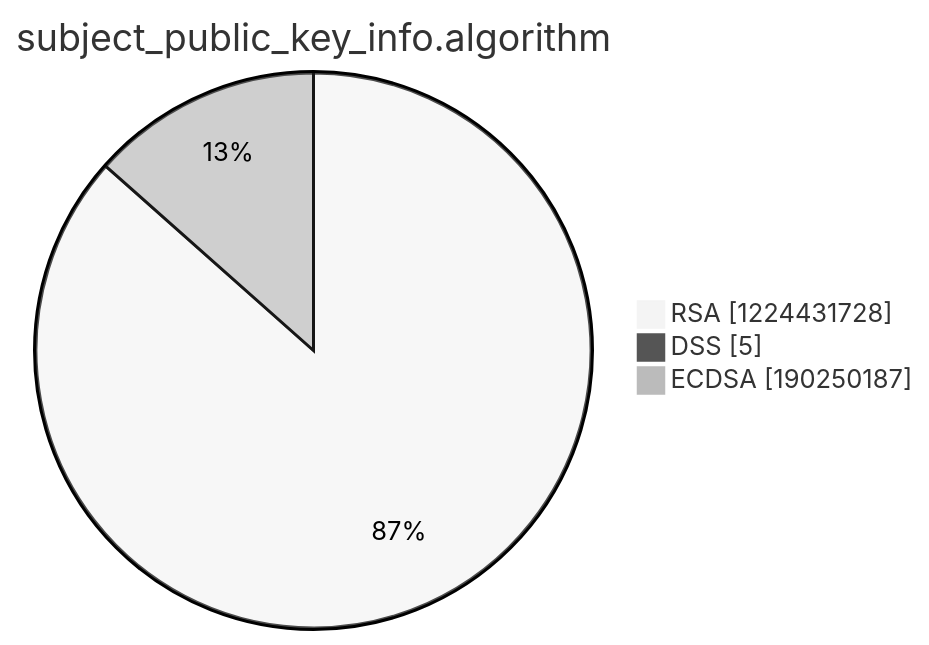
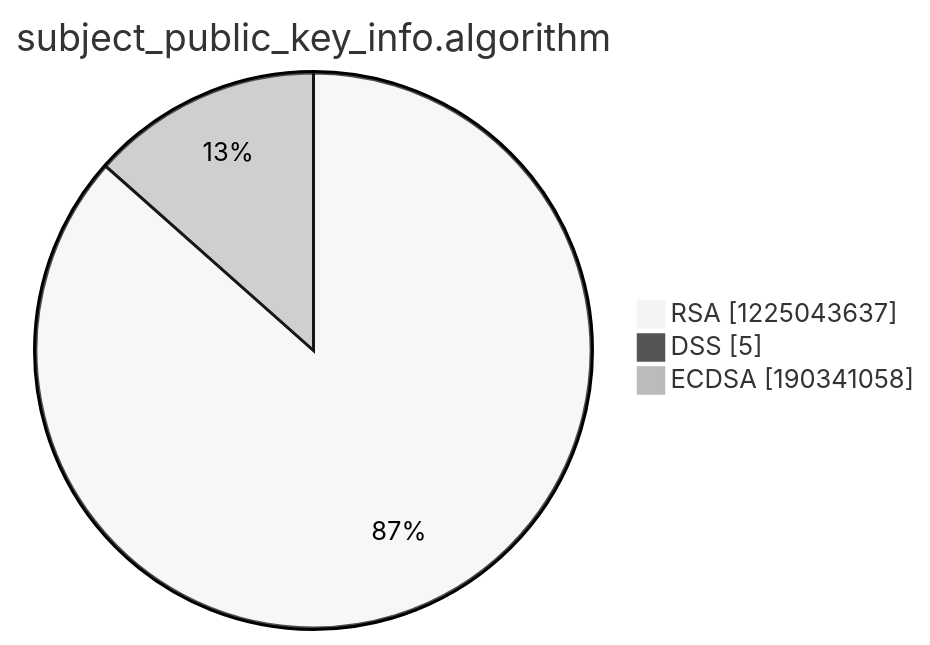
One commit to christiankrug/ctmonitor_visualization changed the third of 15 diagrams in argon2022/README.md. Above: the diagram before and after it, drawn with Mermaid (neutral theme). The commit also changed other lines of this file, not shown here.

````diff
--- a/argon2022/README.md
+++ b/argon2022/README.md
@@ -14,7 +14,7 @@
 ```mermaid
 pie showData
 title subject_public_key_info.algorithm
-"RSA" :1224431728
+"RSA" :1225043637
 "DSS" :5
-"ECDSA" :190250187
+"ECDSA" :190341058
 ```
````
